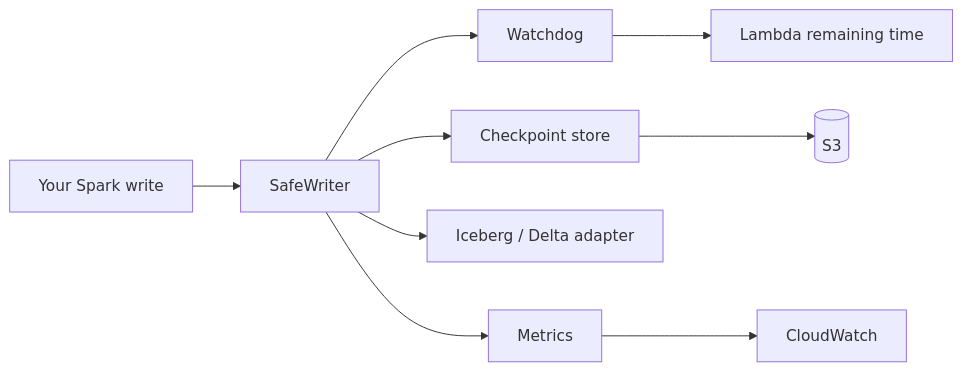
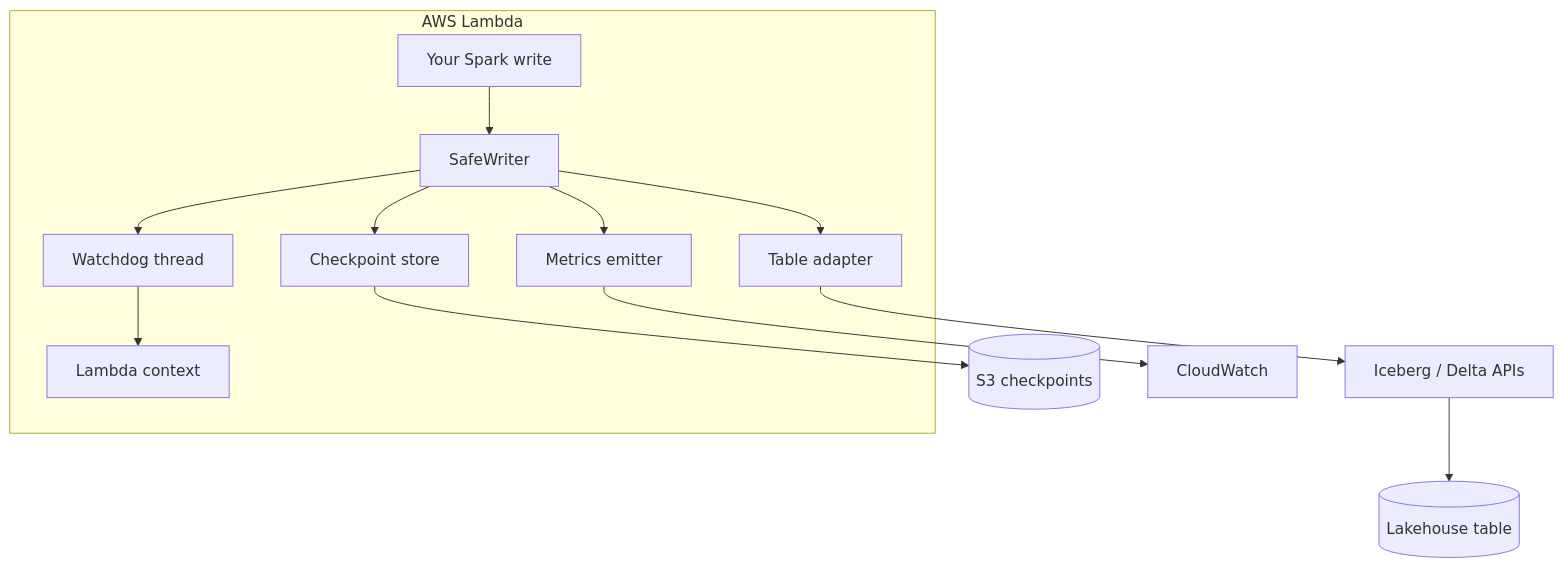
Before and after one commit to vaquarkhan/IceGuard: the fifth of 7 diagrams in README.md, drawn with Mermaid. The commit also changed other lines of this file, not shown here.

Commit message:
Update README with platform guide, diagrams, and expanded docs

````diff
--- a/README.md
+++ b/README.md
@@ -202,11 +365,18 @@
 ```mermaid
-flowchart LR
-    UC[Your Spark write] --> SW[SafeWriter]
-    SW --> WT[Watchdog]
-    SW --> CS[Checkpoint store]
-    SW --> AD[Iceberg / Delta adapter]
-    SW --> ME[Metrics]
-    WT --> LC[Lambda remaining time]
-    CS --> S3[(S3)]
+flowchart TB
+    subgraph Lambda["AWS Lambda"]
+        UC[Your Spark write]
+        SW[SafeWriter]
+        WT[Watchdog thread]
+        UC --> SW
+        SW --> WT
+        SW --> CS[Checkpoint store]
+        SW --> AD[Table adapter]
+        SW --> ME[Metrics emitter]
+        WT --> LC[Lambda context]
+    end
+    CS --> S3[(S3 checkpoints)]
+    AD --> IB[Iceberg / Delta APIs]
     ME --> CW[CloudWatch]
+    IB --> Lake[(Lakehouse table)]
 ```
````
